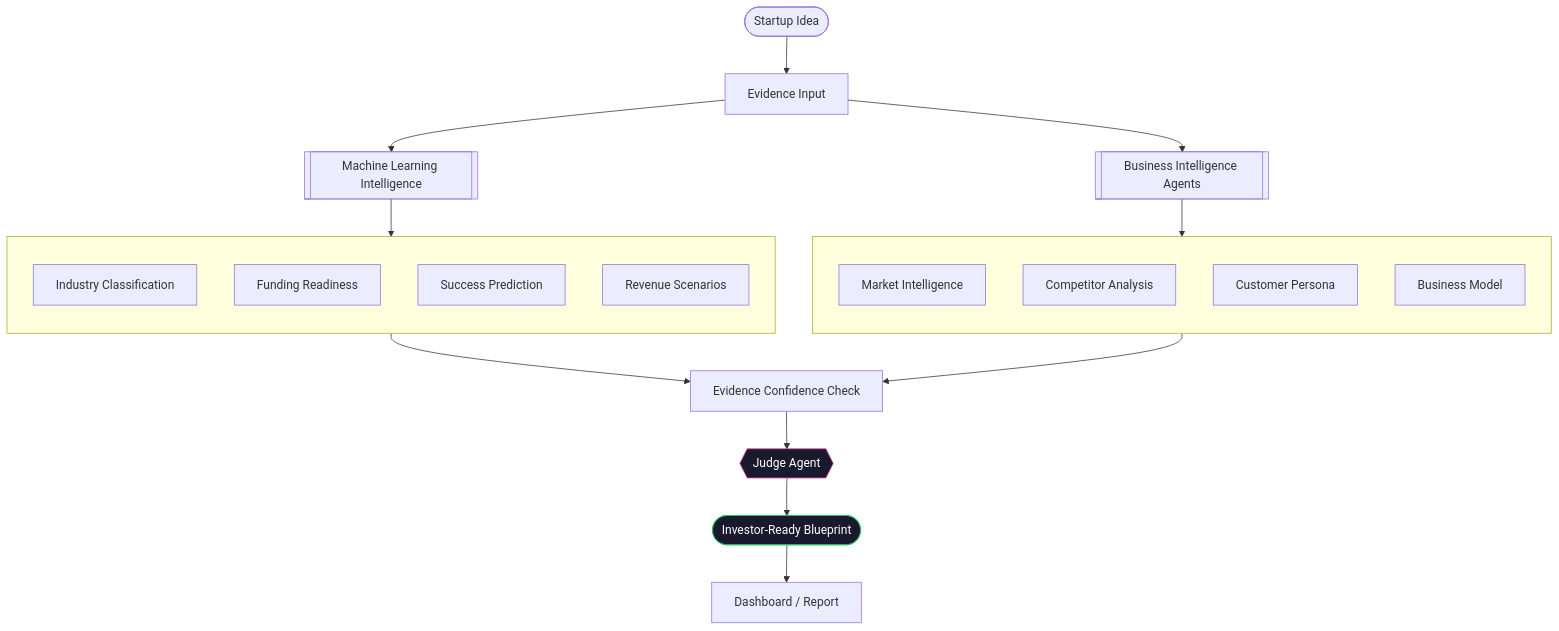
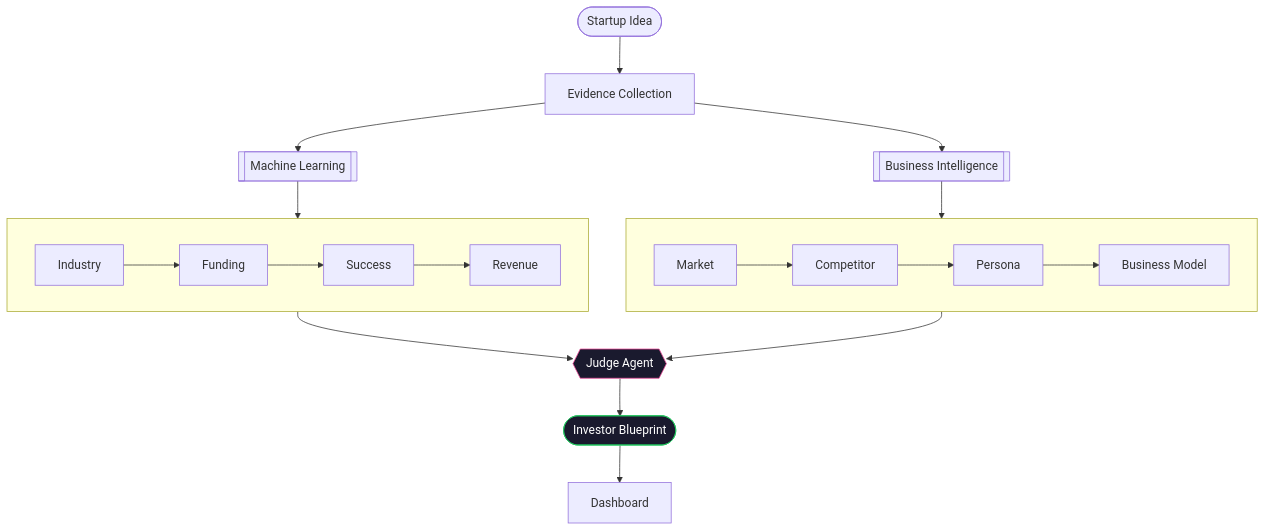
One commit to DivyaShreeS09/VentureForge-AI changed the second of 4 diagrams in README.md. Above: the diagram before and after it, drawn with Mermaid. The commit also changed other lines of this file and 1 other file, not shown here.

````diff
--- a/README.md
+++ b/README.md
@@ -36,36 +108,26 @@
 ```mermaid
 flowchart TD
-    IDEA([Startup Idea]) --> EVIDENCE[Evidence Input]
+    IDEA([Startup Idea]) --> DATA[Evidence Collection]
 
-    EVIDENCE --> ML_HEAD[["Machine Learning Intelligence"]]
-    EVIDENCE --> BI_HEAD[["Business Intelligence Agents"]]
+    DATA --> MLL[["Machine Learning"]]
+    DATA --> BIL[["Business Intelligence"]]
 
     subgraph ML[" "]
-        direction TB
-        ML1[Industry Classification]
-        ML2[Funding Readiness]
-        ML3[Success Prediction]
-        ML4[Revenue Scenarios]
+        direction LR
+        ML1[Industry] --> ML2[Funding] --> ML3[Success] --> ML4[Revenue]
     end
 
     subgraph BI[" "]
-        direction TB
-        BI1[Market Intelligence]
-        BI2[Competitor Analysis]
-        BI3[Customer Persona]
-        BI4[Business Model]
+        direction LR
+        BI1[Market] --> BI2[Competitor] --> BI3[Persona] --> BI4[Business Model]
     end
 
-    ML_HEAD --> ML
-    BI_HEAD --> BI
+    MLL --> ML --> JUDGE
+    BIL --> BI --> JUDGE
 
-    ML --> CHECK[Evidence Confidence Check]
-    BI --> CHECK
-
-    CHECK --> JUDGE{{"Judge Agent"}}
-    JUDGE --> BLUEPRINT([Investor-Ready Blueprint])
-    BLUEPRINT --> REPORT[Dashboard / Report]
+    JUDGE{{Judge Agent}} --> BLUEPRINT([Investor Blueprint])
+    BLUEPRINT --> DASH[Dashboard]
 
     style JUDGE fill:#1a1a2e,stroke:#ec4899,color:#fff
     style BLUEPRINT fill:#1a1a2e,stroke:#22c55e,color:#fff
 ```
````
